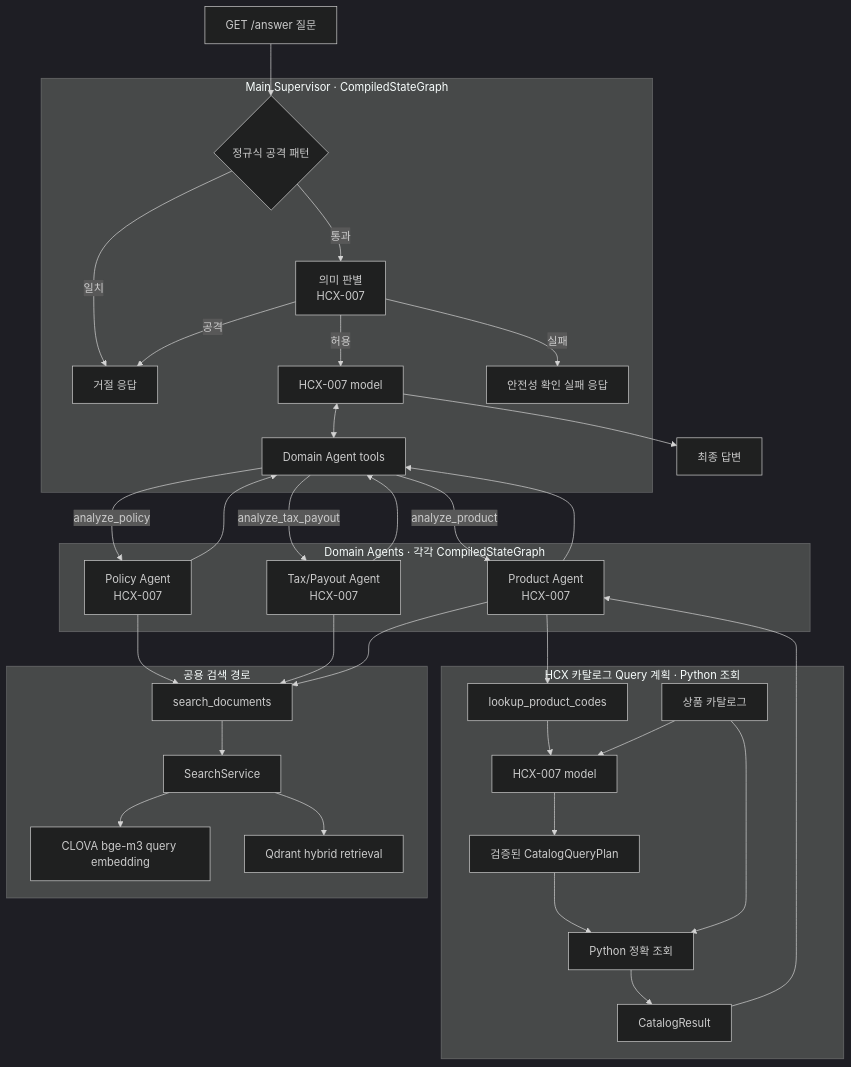
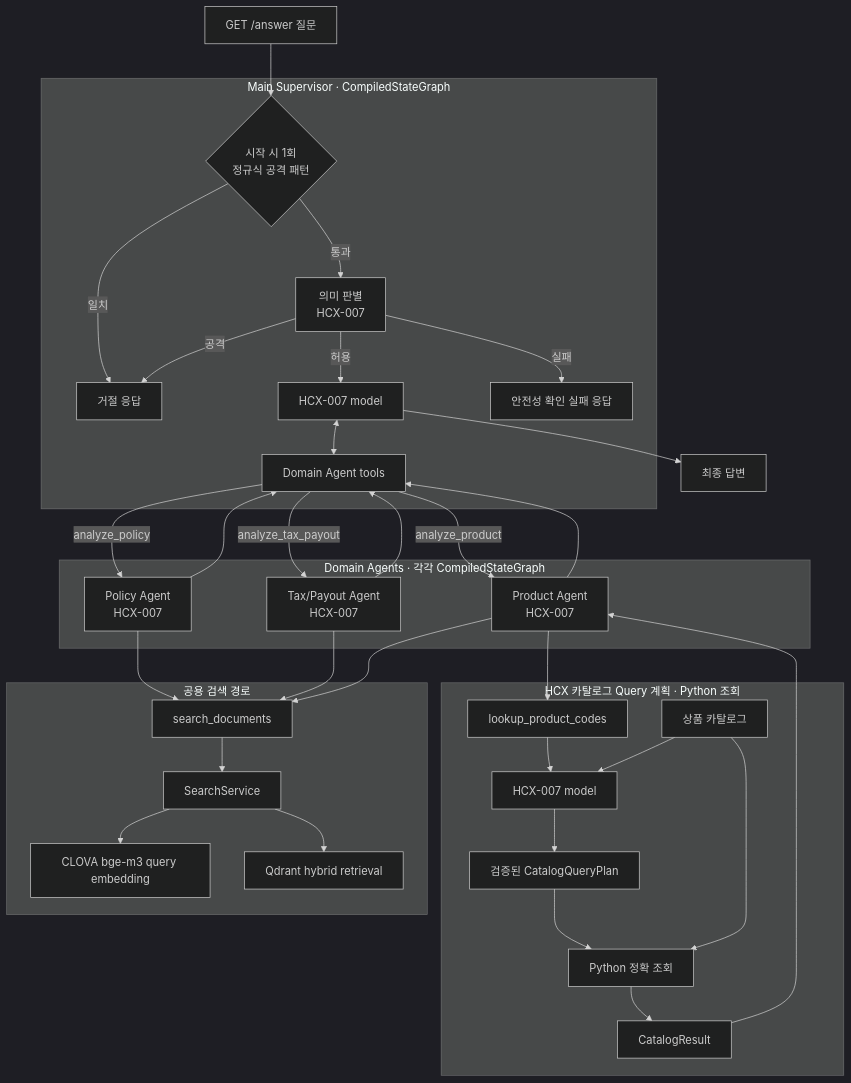
Before and after one commit to nayeon653/-ace3: the first of 5 diagrams in docs/architecture/agent-graphs.md, drawn with Mermaid (dark theme). The commit also changed 14 other files, not shown here.

````diff
--- a/docs/architecture/agent-graphs.md
+++ b/docs/architecture/agent-graphs.md
@@ -14,49 +14,49 @@
 ```mermaid
 flowchart TB
     question["GET /answer 질문"] --> regex_guard
 
     subgraph main["Main Supervisor · CompiledStateGraph"]
-        regex_guard{"정규식 공격 패턴"} -->|일치| guard_refusal["거절 응답"]
+        regex_guard{"시작 시 1회<br/>정규식 공격 패턴"} -->|일치| guard_refusal["거절 응답"]
         regex_guard -->|통과| input_guard["의미 판별<br/>HCX-007"]
         input_guard -->|허용| supervisor
         input_guard -->|공격| guard_refusal
         input_guard -->|실패| guard_unavailable["안전성 확인 실패 응답"]
         supervisor["HCX-007 model"] <--> domain_tools["Domain Agent tools"]
     end
 
     domain_tools -->|analyze_policy| domain_policy
     domain_tools -->|analyze_tax_payout| domain_tax_payout
     domain_tools -->|analyze_product| domain_product
 
     subgraph domains["Domain Agents · 각각 CompiledStateGraph"]
         domain_policy["Policy Agent<br/>HCX-007"]
         domain_tax_payout["Tax/Payout Agent<br/>HCX-007"]
         domain_product["Product Agent<br/>HCX-007"]
     end
 
     domain_policy --> domain_tools
     domain_policy --> search_tools
     domain_tax_payout --> domain_tools
     domain_tax_payout --> search_tools
     domain_product --> domain_tools
     domain_product --> search_tools
 
     subgraph catalog["HCX 카탈로그 Query 계획 · Python 조회"]
         catalog_lookup["lookup_product_codes"] --> catalog_hcx["HCX-007 model"]
         product_catalog["상품 카탈로그"] --> catalog_hcx
         catalog_hcx --> catalog_query["검증된 CatalogQueryPlan"]
         catalog_query --> catalog_execute["Python 정확 조회"]
         product_catalog --> catalog_execute
         catalog_execute --> catalog_result["CatalogResult"]
     end
     domain_product --> catalog_lookup
     catalog_result --> domain_product
 
     subgraph search["공용 검색 경로"]
         search_tools["search_documents"] --> search_service["SearchService"]
         search_service --> embedding["CLOVA bge-m3 query embedding"]
         search_service --> qdrant["Qdrant hybrid retrieval"]
     end
 
     supervisor --> answer["최종 답변"]
 ```
````
